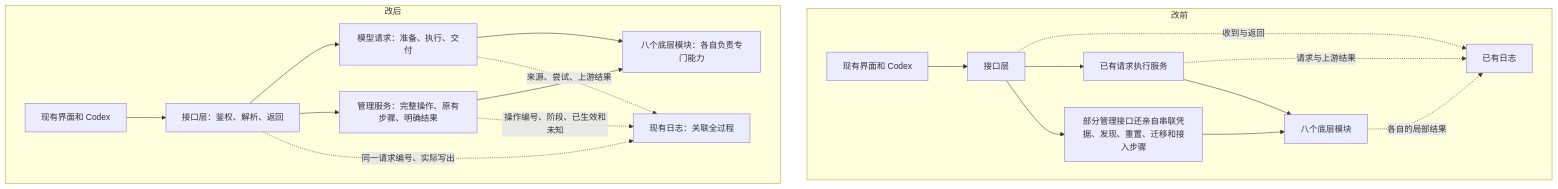
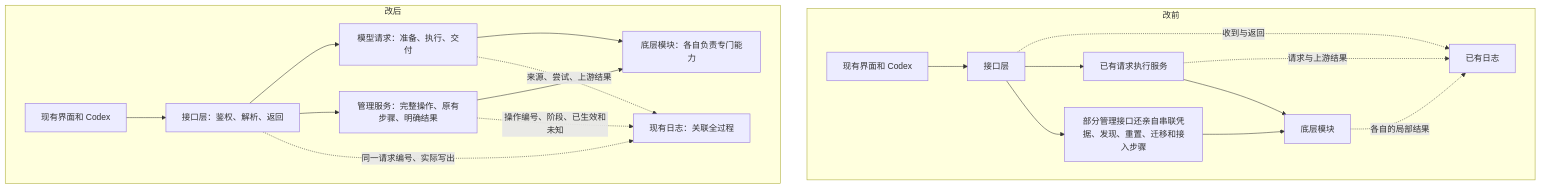
Before and after one commit to Killow1998/EasyMultiProvider: the diagram in docs/backend-workflows.zh-CN.md, drawn with Mermaid. The commit also changed other lines of this file and 45 other files, not shown here.

````diff
--- a/docs/backend-workflows.zh-CN.md
+++ b/docs/backend-workflows.zh-CN.md
@@ -15,23 +15,23 @@
 ```mermaid
 flowchart TB
   subgraph BEFORE[改前]
     A[现有界面和 Codex] --> B[接口层]
     B --> C[已有请求执行服务]
     B --> D[部分管理接口还亲自串联凭据、发现、重置、迁移和接入步骤]
-    C --> E[八个底层模块]
+    C --> E[底层模块]
     D --> E
     B -. 收到与返回 .-> F[已有日志]
     C -. 请求与上游结果 .-> F
     E -. 各自的局部结果 .-> F
   end
   subgraph AFTER[改后]
     G[现有界面和 Codex] --> H[接口层：鉴权、解析、返回]
     H --> I[模型请求：准备、执行、交付]
     H --> J[管理服务：完整操作、原有步骤、明确结果]
-    I --> K[八个底层模块：各自负责专门能力]
+    I --> K[底层模块：各自负责专门能力]
     J --> K
     H -. 同一请求编号、实际写出 .-> L[现有日志：关联全过程]
     I -. 来源、尝试、上游结果 .-> L
     J -. 操作编号、阶段、已生效和未知 .-> L
   end
 ```
````
